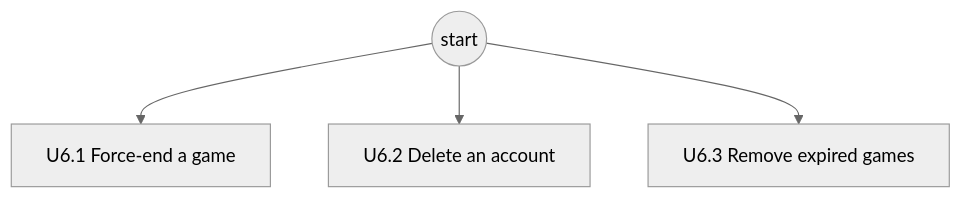
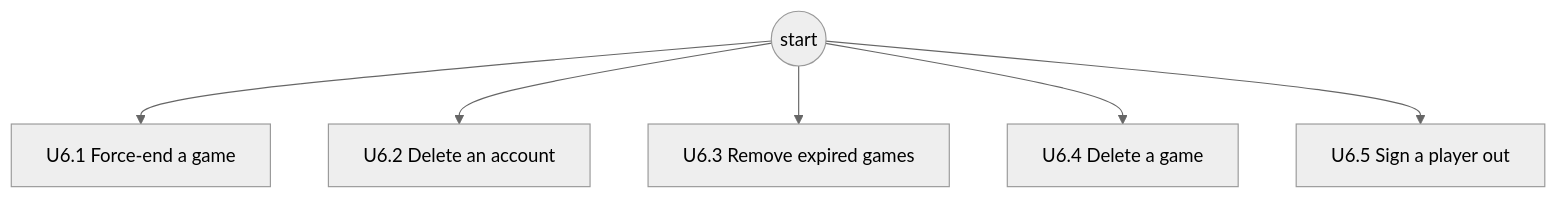
Before and after one commit to delphside/tile-lite-elite: diagram 24 of 31 in docs/changes/workstreams/application-game-architecture/71-one-game-model/71-functional.md, drawn with Mermaid (neutral theme). The commit also changed other lines of this file and 1 other file, not shown here.

````diff
--- a/docs/changes/workstreams/application-game-architecture/71-one-game-model/71-functional.md
+++ b/docs/changes/workstreams/application-game-architecture/71-one-game-model/71-functional.md
@@ -430,6 +432,8 @@
 ```mermaid
 flowchart TD
   s0((start)) --> a1["U6.1 Force-end a game"]
   s0 --> a2["U6.2 Delete an account"]
   s0 --> a3["U6.3 Remove expired games"]
+  s0 --> a4["U6.4 Delete a game"]
+  s0 --> a5["U6.5 Sign a player out"]
 ```
````
